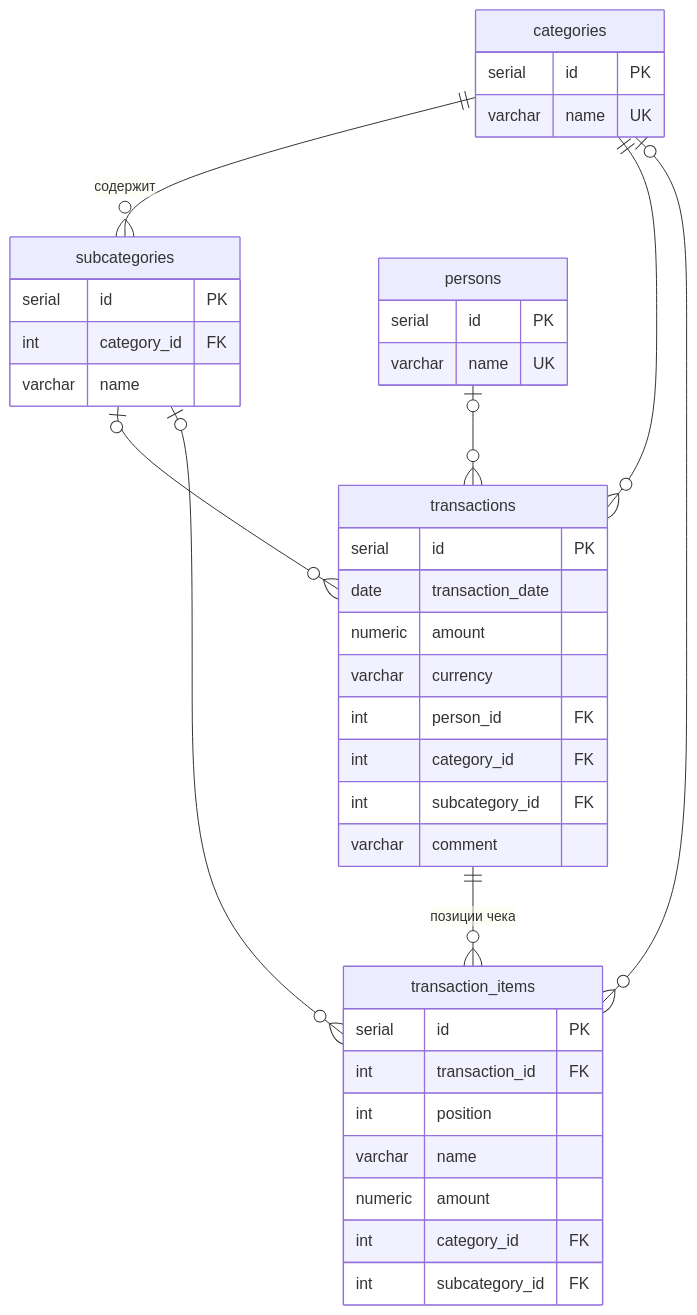
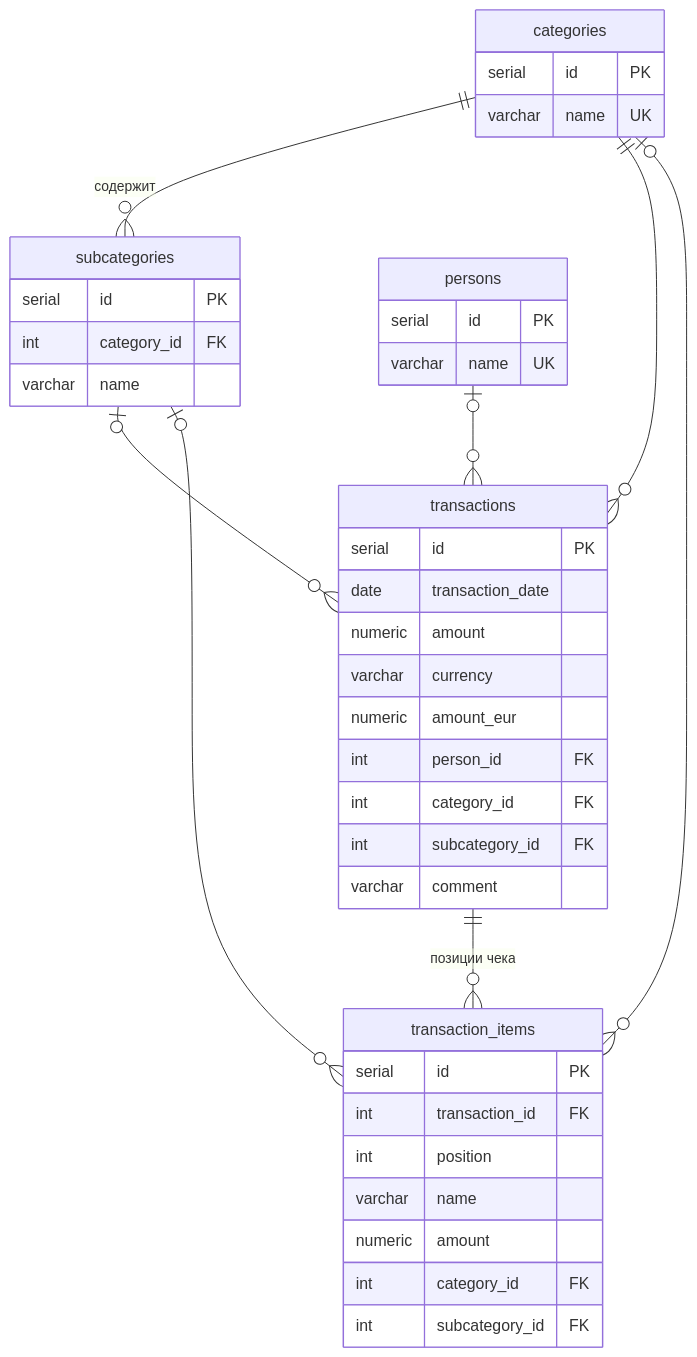
One commit to hekitoss/finances changed the diagram in docs/database.md. Above: the diagram before and after it, drawn with Mermaid. The commit also changed other lines of this file and 15 other files, not shown here.

````diff
--- a/docs/database.md
+++ b/docs/database.md
@@ -5,43 +5,44 @@
 ```mermaid
 erDiagram
     categories ||--o{ subcategories : "содержит"
     categories ||--o{ transactions : ""
     subcategories |o--o{ transactions : ""
     persons |o--o{ transactions : ""
     transactions ||--o{ transaction_items : "позиции чека"
     categories |o--o{ transaction_items : ""
     subcategories |o--o{ transaction_items : ""
 
     categories {
         serial id PK
         varchar name UK
     }
     subcategories {
         serial id PK
         int category_id FK
         varchar name
     }
     persons {
         serial id PK
         varchar name UK
     }
     transactions {
         serial id PK
         date transaction_date
         numeric amount
         varchar currency
+        numeric amount_eur
         int person_id FK
         int category_id FK
         int subcategory_id FK
         varchar comment
     }
     transaction_items {
         serial id PK
         int transaction_id FK
         int position
         varchar name
         numeric amount
         int category_id FK
         int subcategory_id FK
     }
 ```
````
